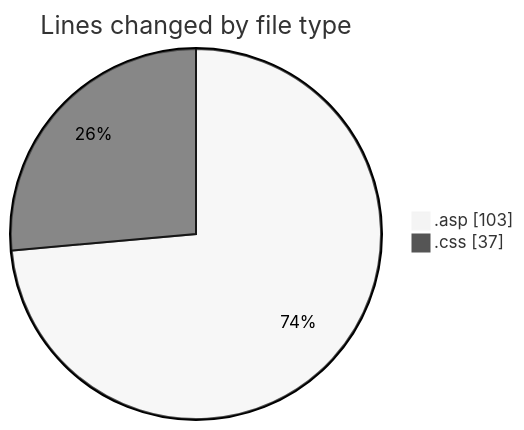
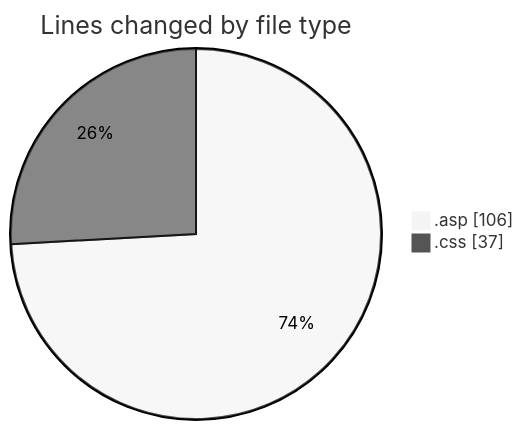
One commit to julien-gomy/code-tracking changed the first of 2 diagrams in 2025-11-02/cdp_aleoudev_fr__workspace_/README.md. Above: the diagram before and after it, drawn with Mermaid (neutral theme). The commit also changed other lines of this file and 1 other file, not shown here.

````diff
--- a/2025-11-02/cdp_aleoudev_fr__workspace_/README.md
+++ b/2025-11-02/cdp_aleoudev_fr__workspace_/README.md
@@ -23,6 +23,6 @@
 ```mermaid
 pie showData
 title Lines changed by file type
-".asp" : 103
+".asp" : 106
 ".css" : 37
 ```
````
